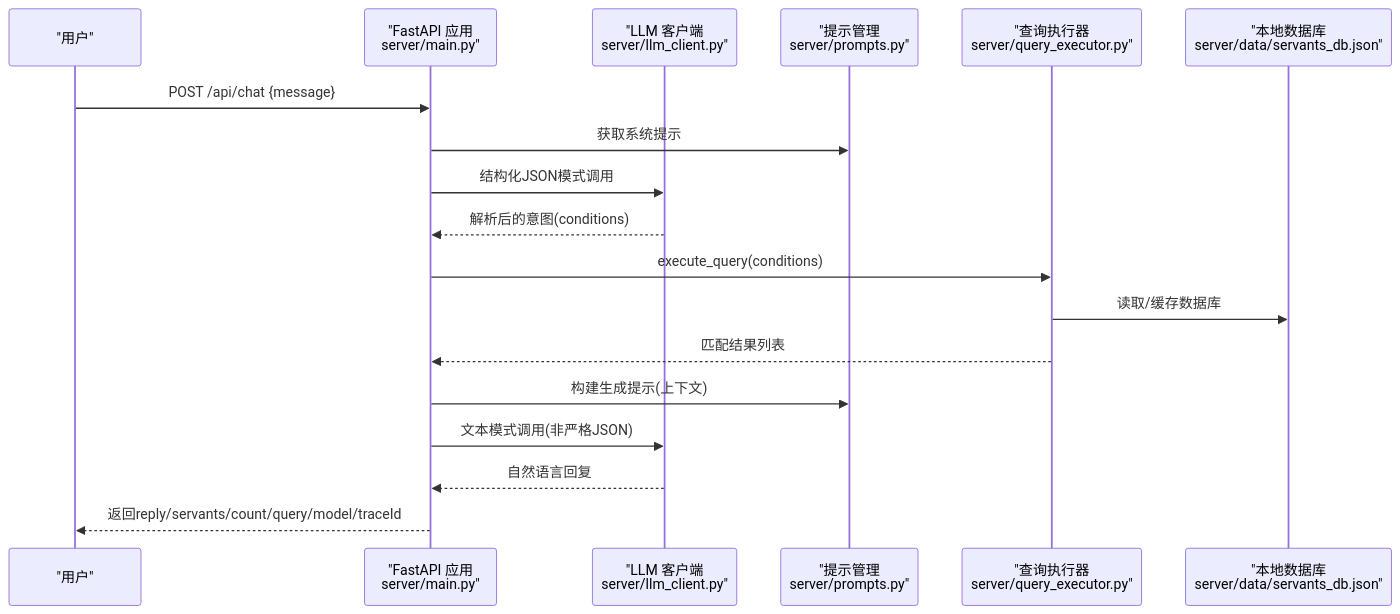
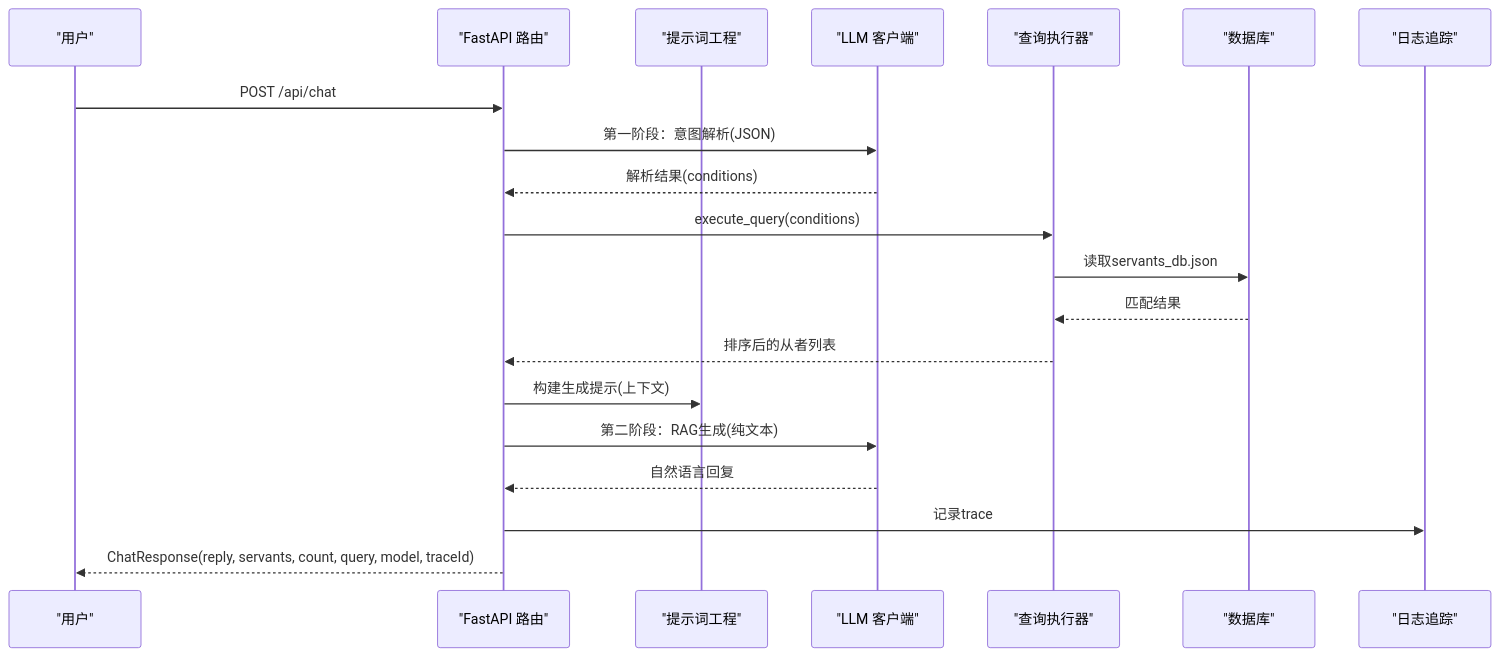
Before and after one commit to kanoha222/Laplace: the second of 5 diagrams in .qoder/repowiki/zh/content/核心模块/核心模块.md, drawn with Mermaid. The commit also changed other lines of this file and 54 other files, not shown here.

````diff
--- a/.qoder/repowiki/zh/content/核心模块/核心模块.md
+++ b/.qoder/repowiki/zh/content/核心模块/核心模块.md
@@ -107,20 +129,22 @@
 ```mermaid
 sequenceDiagram
 participant U as "用户"
-participant API as "FastAPI 应用<br/>server/main.py"
-participant LLM as "LLM 客户端<br/>server/llm_client.py"
-participant PROMPT as "提示管理<br/>server/prompts.py"
-participant EXEC as "查询执行器<br/>server/query_executor.py"
-participant DB as "本地数据库<br/>server/data/servants_db.json"
-U->>API : POST /api/chat {message}
-API->>PROMPT : 获取系统提示
-API->>LLM : 结构化JSON模式调用
-LLM-->>API : 解析后的意图(conditions)
-API->>EXEC : execute_query(conditions)
-EXEC->>DB : 读取/缓存数据库
-EXEC-->>API : 匹配结果列表
-API->>PROMPT : 构建生成提示(上下文)
-API->>LLM : 文本模式调用(非严格JSON)
-LLM-->>API : 自然语言回复
-API-->>U : 返回reply/servants/count/query/model/traceId
+participant API as "FastAPI 路由"
+participant P as "提示词工程"
+participant L as "LLM 客户端"
+participant X as "查询执行器"
+participant DB as "数据库"
+participant LG as "日志追踪"
+U->>API : POST /api/chat
+API->>L : 第一阶段：意图解析(JSON)
+L-->>API : 解析结果(conditions)
+API->>X : execute_query(conditions)
+X->>DB : 读取servants_db.json
+DB-->>X : 匹配结果
+X-->>API : 排序后的从者列表
+API->>P : 构建生成提示(上下文)
+API->>L : 第二阶段：RAG生成(纯文本)
+L-->>API : 自然语言回复
+API->>LG : 记录trace
+API-->>U : ChatResponse(reply, servants, count, query, model, traceId)
 ```
````
